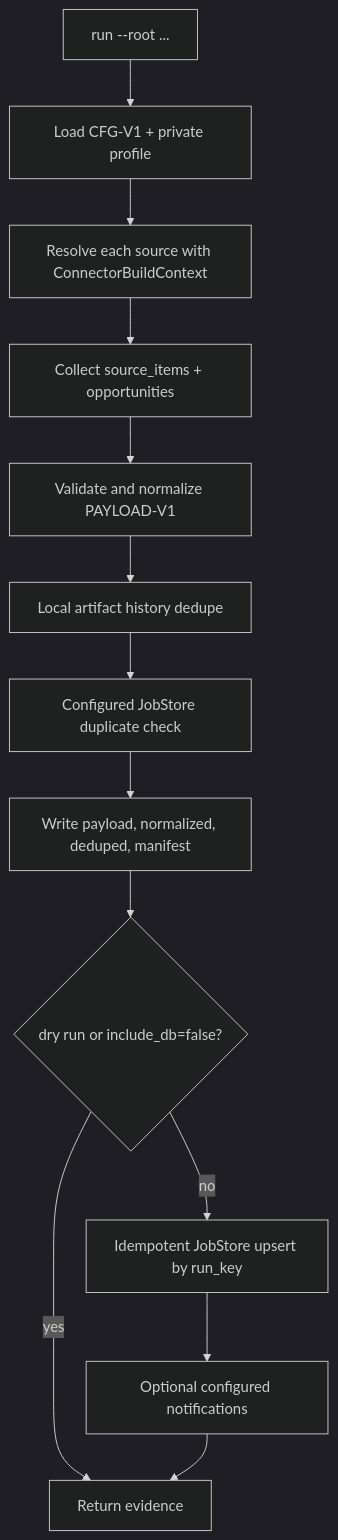
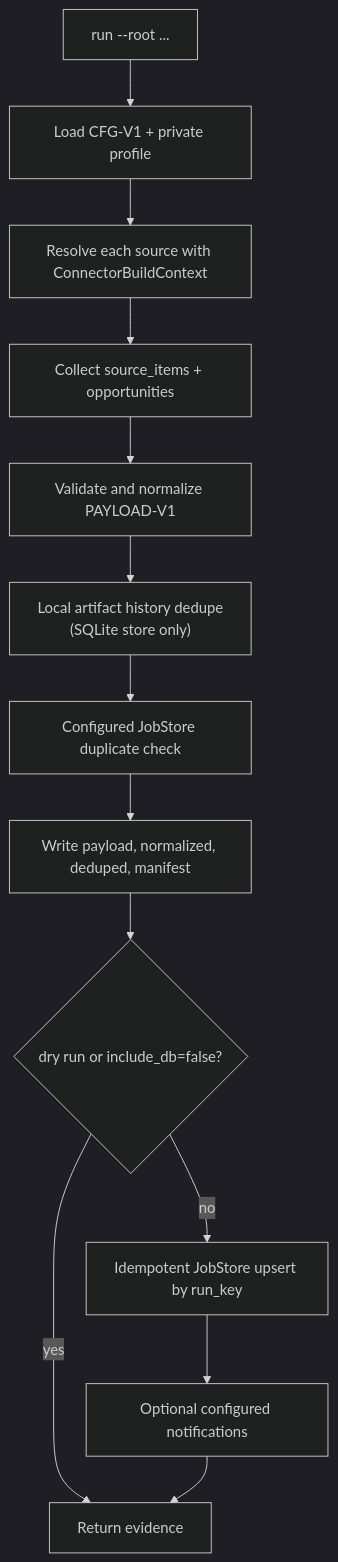
One commit to the-dmytro/jobsearch-toolchain changed the second of 3 diagrams in Docs/architecture.md. Above: the diagram before and after it, drawn with Mermaid (dark theme). The commit also changed other lines of this file and 37 other files, not shown here.

````diff
--- a/Docs/architecture.md
+++ b/Docs/architecture.md
@@ -30,15 +31,15 @@
 ```mermaid
 flowchart TD
   Start["run <pipeline> --root ..."] --> Load["Load CFG-V1 + private profile"]
   Load --> Resolve["Resolve each source with ConnectorBuildContext"]
   Resolve --> Collect["Collect source_items + opportunities"]
   Collect --> Validate["Validate and normalize PAYLOAD-V1"]
-  Validate --> Local["Local artifact history dedupe"]
+  Validate --> Local["Local artifact history dedupe<br/>(SQLite store only)"]
   Local --> StoreDedupe["Configured JobStore duplicate check"]
   StoreDedupe --> Artifacts["Write payload, normalized, deduped, manifest"]
   Artifacts --> Persist{"dry run or include_db=false?"}
   Persist -->|yes| Done["Return evidence"]
   Persist -->|no| Upsert["Idempotent JobStore upsert by run_key"]
   Upsert --> OptionalNotify["Optional configured notifications"]
   OptionalNotify --> Done
 ```
````
